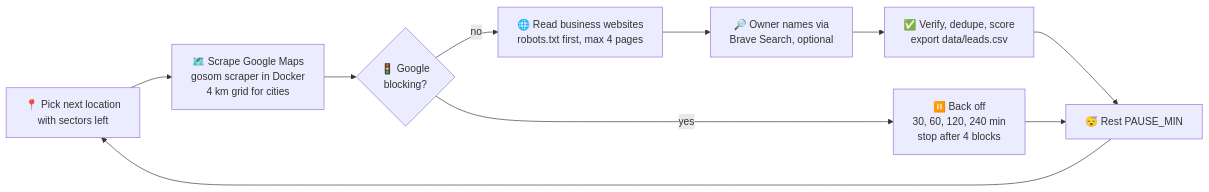
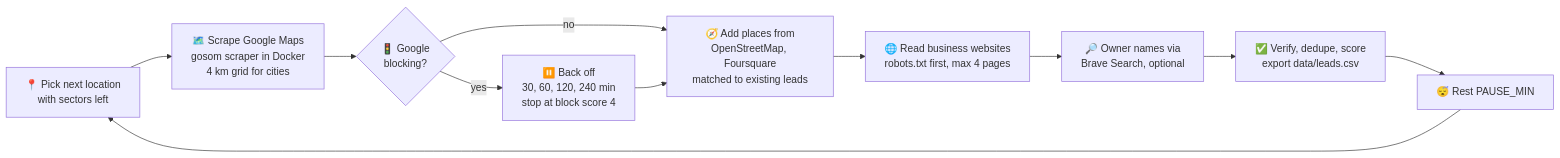
The diagram in README.md (Sahilsonii/Lead-Watch), drawn with Mermaid before and after one commit. The commit also changed other lines of this file and 18 other files, not shown here.

First line of the commit message:
feat: OpenStreetMap and Foursquare sources, one lead per business

````diff
--- a/README.md
+++ b/README.md
@@ -50,12 +50,13 @@
 ```mermaid
 flowchart LR
     A["📍 Pick next location<br/>with sectors left"] --> B["🗺️ Scrape Google Maps<br/>gosom scraper in Docker<br/>4 km grid for cities"]
     B --> C{"🚦 Google<br/>blocking?"}
-    C -- yes --> P["⏸️ Back off<br/>30, 60, 120, 240 min<br/>stop after 4 blocks"]
-    C -- no --> D["🌐 Read business websites<br/>robots.txt first, max 4 pages"]
+    C -- yes --> P["⏸️ Back off<br/>30, 60, 120, 240 min<br/>stop at block score 4"]
+    C -- no --> S["🧭 Add places from<br/>OpenStreetMap, Foursquare<br/>matched to existing leads"]
+    P --> S
+    S --> D["🌐 Read business websites<br/>robots.txt first, max 4 pages"]
     D --> E["🔎 Owner names via<br/>Brave Search, optional"]
     E --> F["✅ Verify, dedupe, score<br/>export data/leads.csv"]
     F --> R["😴 Rest PAUSE_MIN"]
-    P --> R
     R --> A
 ```
````
